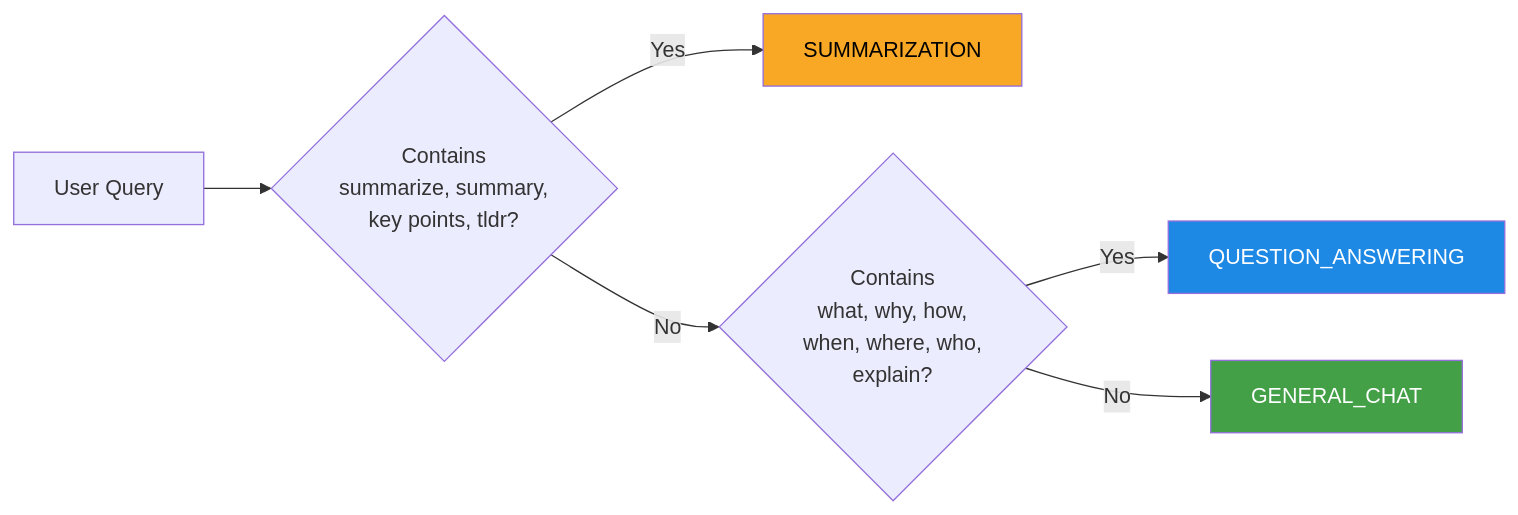
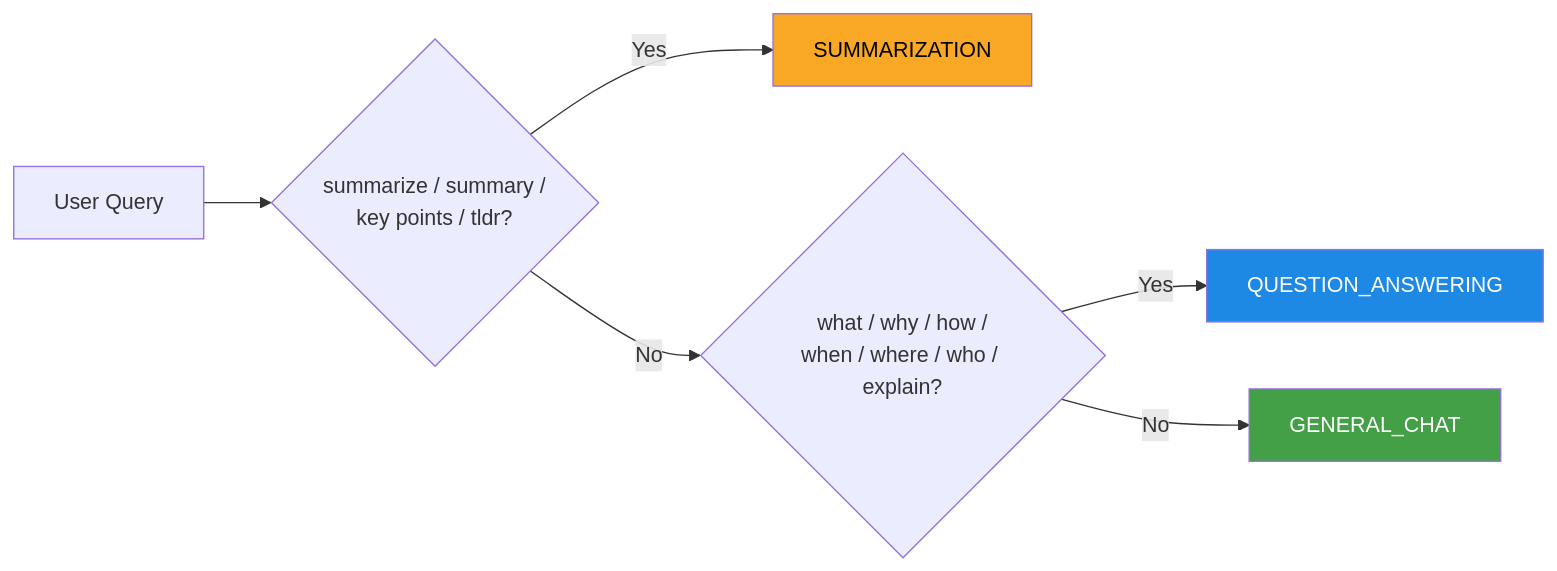
One commit to EHTESHAM1231/chatbot changed the fifth of 6 diagrams in README.md. Above: the diagram before and after it, drawn with Mermaid. The commit also changed other lines of this file, not shown here.

````diff
--- a/README.md
+++ b/README.md
@@ -237,12 +334,12 @@
 ```mermaid
 flowchart LR
-    Q[User Query] --> S{Contains<br/>summarize, summary,<br/>key points, tldr?}
+    Q[User Query] --> S{summarize / summary /<br/>key points / tldr?}
     S -->|Yes| S1[SUMMARIZATION]
-    S -->|No| QA{Contains<br/>what, why, how,<br/>when, where, who,<br/>explain?}
+    S -->|No| QA{what / why / how /<br/>when / where / who / explain?}
     QA -->|Yes| QA1[QUESTION_ANSWERING]
     QA -->|No| GC[GENERAL_CHAT]
 
     style S1 fill:#f9a825,color:#000
     style QA1 fill:#1e88e5,color:#fff
     style GC fill:#43a047,color:#fff
 ```
````
